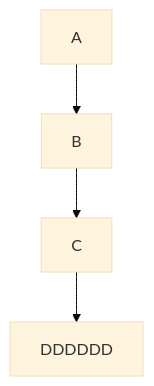
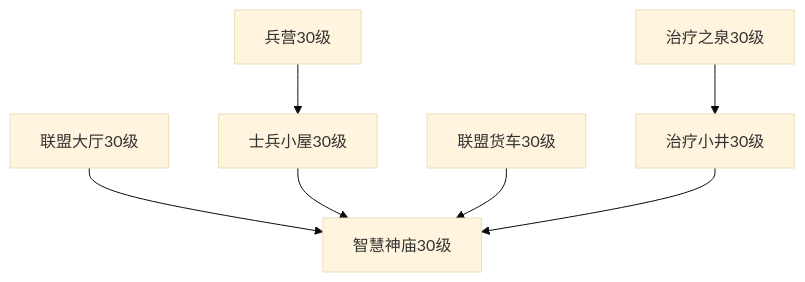
One commit to ruoqiwan/Joy changed the diagram in _posts/2023-05-09-build.md. Above: the diagram before and after it, drawn with Mermaid (base theme).

```diff
--- a/_posts/2023-05-09-build.md
+++ b/_posts/2023-05-09-build.md
@@ -14,6 +14,17 @@
 <div class="mermaid">
   graph TD
-    A-->B
-    B-->C
-    C-->DDDDDD
+    A-->H
+	B-->C
+	C-->H
+	D-->H
+	E-->F
+    F-->H
+	
+	A[联盟大厅30级]
+	B[兵营30级]
+	C[士兵小屋30级]
+	D[联盟货车30级]
+	E[治疗之泉30级]
+	F[治疗小井30级]
+    H[智慧神庙30级]
 </div>
```
